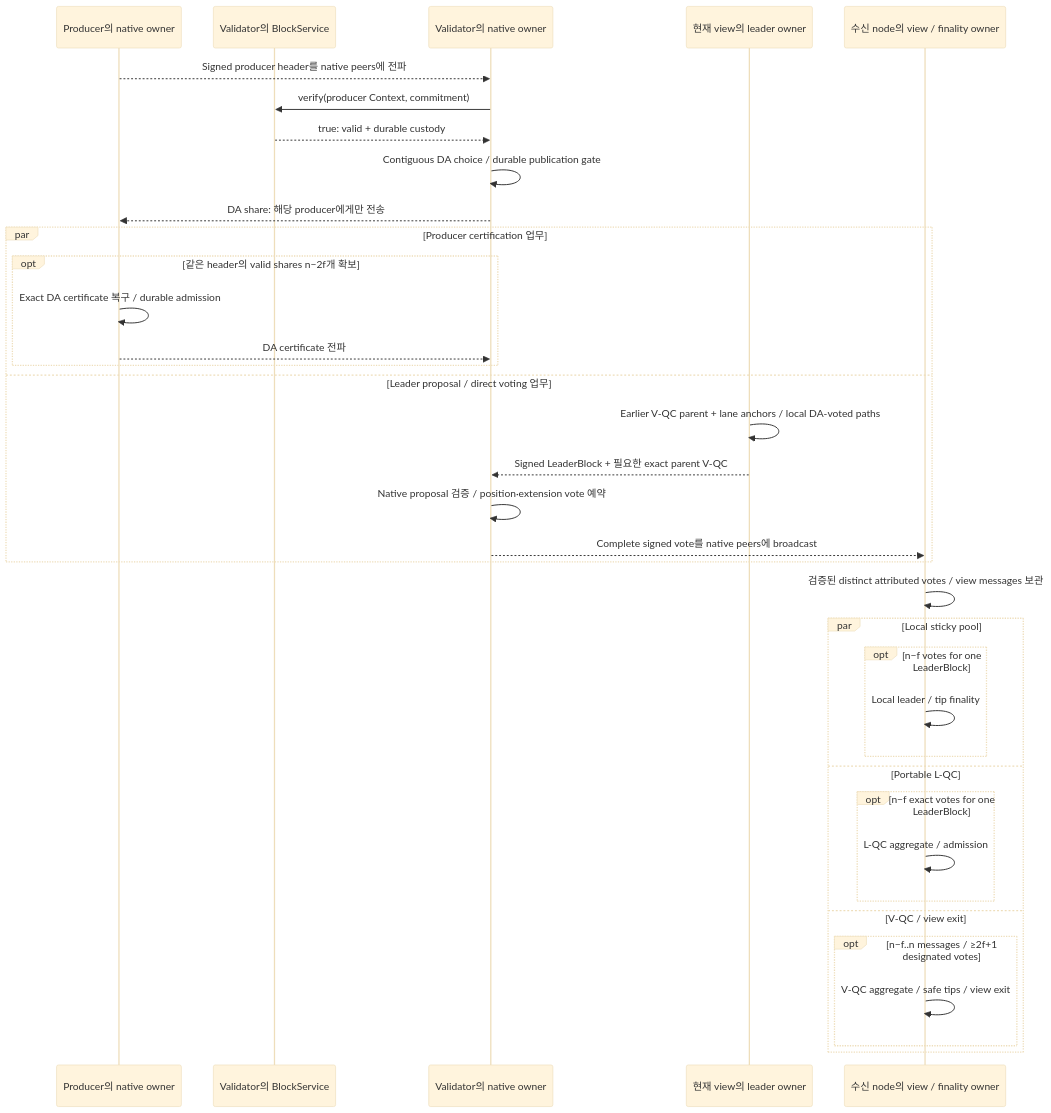
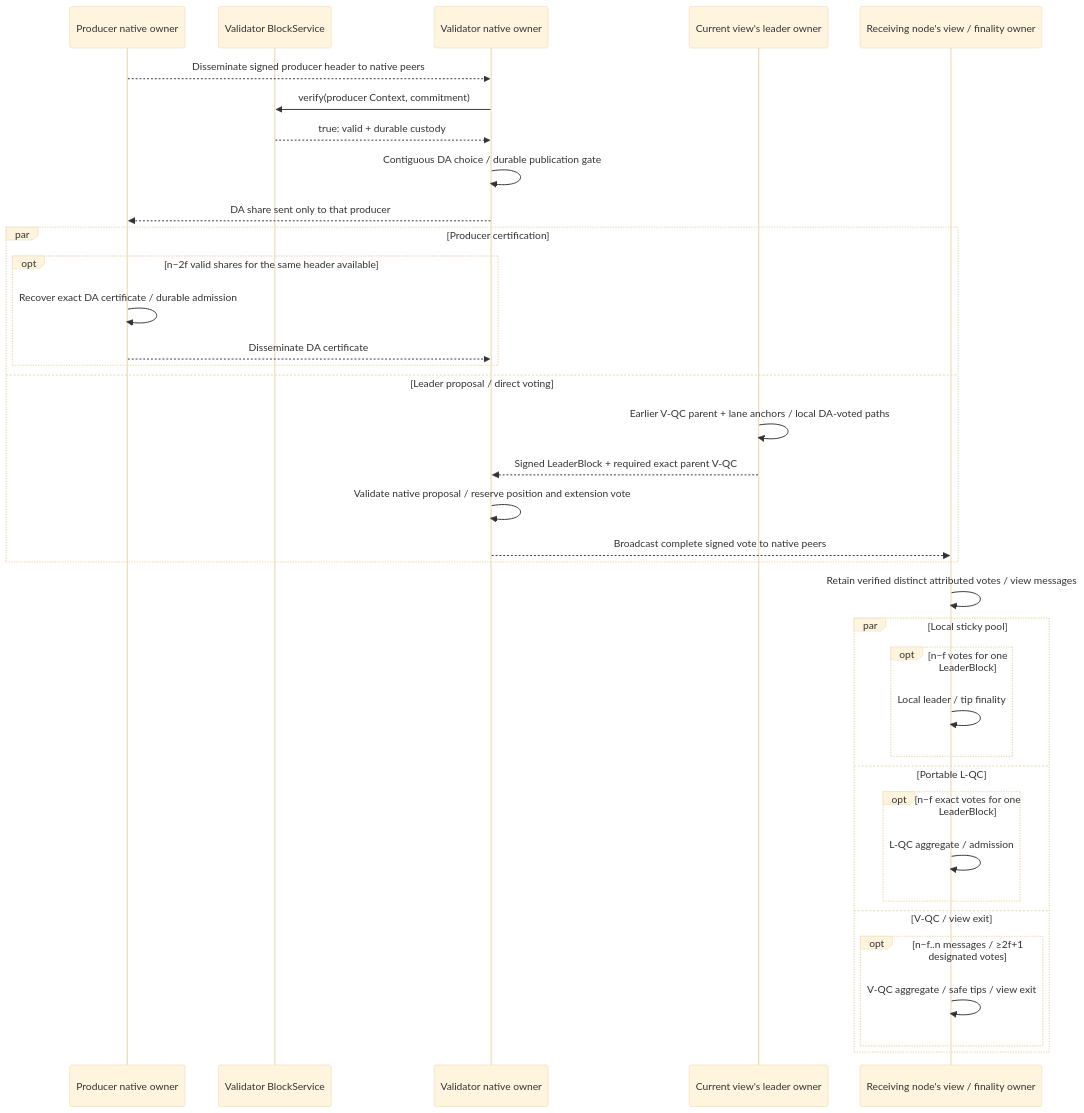
Before and after one commit to djm07073/baton-research: the diagram in docs/e2e/native-consensus.md, drawn with Mermaid (base theme). The commit also changed other lines of this file and 99 other files, not shown here.

````diff
--- a/docs/e2e/native-consensus.md
+++ b/docs/e2e/native-consensus.md
@@ -9,38 +9,38 @@
 ```mermaid
 sequenceDiagram
-    participant P as Producer의 native owner
-    participant A as Validator의 BlockService
-    participant V as Validator의 native owner
-    participant L as 현재 view의 leader owner
-    participant F as 수신 node의 view / finality owner
-    P-->>V: Signed producer header를 native peers에 전파
+    participant P as Producer native owner
+    participant A as Validator BlockService
+    participant V as Validator native owner
+    participant L as Current view's leader owner
+    participant F as Receiving node's view / finality owner
+    P-->>V: Disseminate signed producer header to native peers
     V->>A: verify(producer Context, commitment)
     A-->>V: true: valid + durable custody
     V->>V: Contiguous DA choice / durable publication gate
-    V-->>P: DA share: 해당 producer에게만 전송
-    par Producer certification 업무
-        opt 같은 header의 valid shares n−2f개 확보
-            P->>P: Exact DA certificate 복구 / durable admission
-            P-->>V: DA certificate 전파
+    V-->>P: DA share sent only to that producer
+    par Producer certification
+        opt n−2f valid shares for the same header available
+            P->>P: Recover exact DA certificate / durable admission
+            P-->>V: Disseminate DA certificate
         end
-    and Leader proposal / direct voting 업무
+    and Leader proposal / direct voting
         L->>L: Earlier V-QC parent + lane anchors / local DA-voted paths
-        L-->>V: Signed LeaderBlock + 필요한 exact parent V-QC
-        V->>V: Native proposal 검증 / position·extension vote 예약
-        V-->>F: Complete signed vote를 native peers에 broadcast
+        L-->>V: Signed LeaderBlock + required exact parent V-QC
+        V->>V: Validate native proposal / reserve position and extension vote
+        V-->>F: Broadcast complete signed vote to native peers
     end
-    F->>F: 검증된 distinct attributed votes / view messages 보관
+    F->>F: Retain verified distinct attributed votes / view messages
     par Local sticky pool
         opt n−f votes for one LeaderBlock
             F->>F: Local leader / tip finality
         end
     and Portable L-QC
         opt n−f exact votes for one LeaderBlock
             F->>F: L-QC aggregate / admission
         end
     and V-QC / view exit
         opt n−f..n messages / ≥2f+1 designated votes
             F->>F: V-QC aggregate / safe tips / view exit
         end
     end
 ```
````
